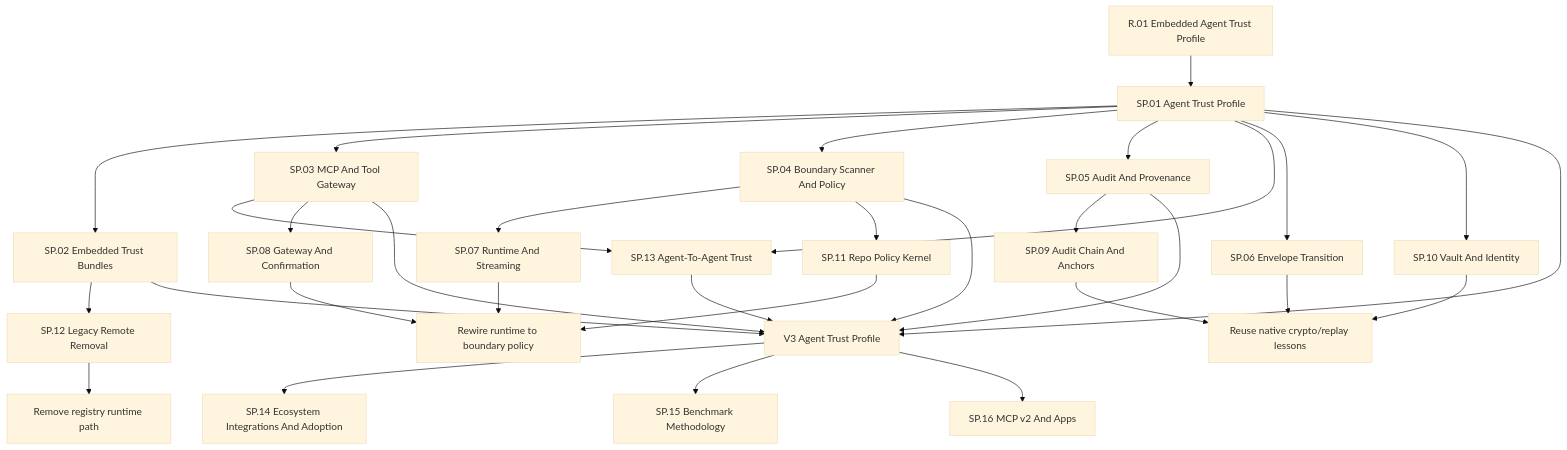
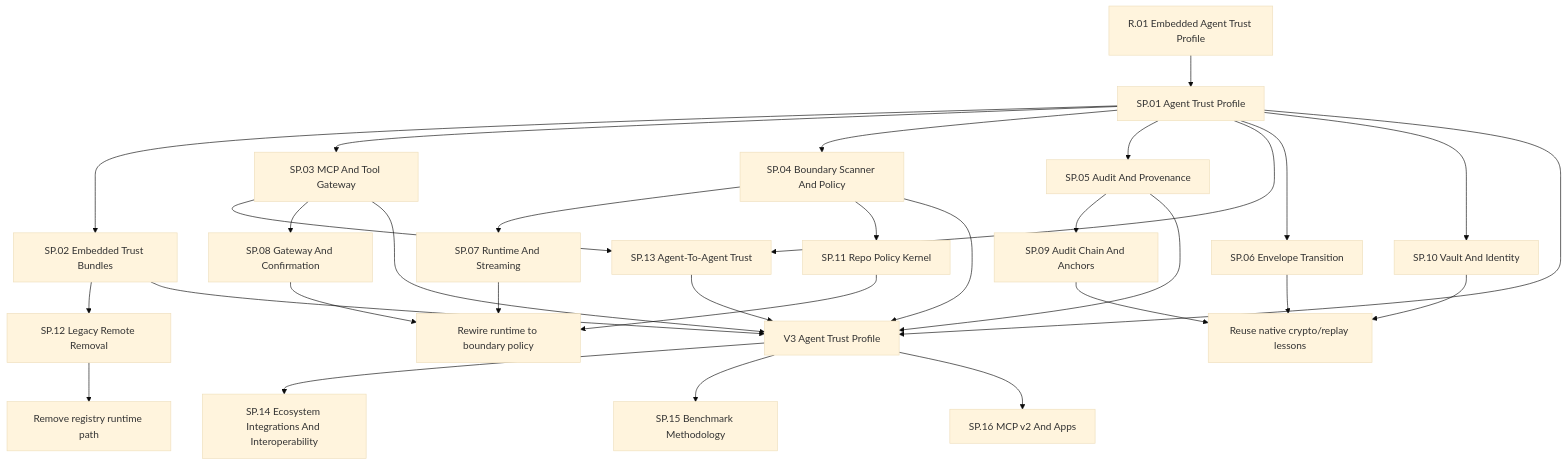
The diagram in docs/specs/README.md (futhr/sigil_guard), drawn with Mermaid (base theme) before and after one commit. The commit also changed other lines of this file and 12 other files, not shown here.

````diff
--- a/docs/specs/README.md
+++ b/docs/specs/README.md
@@ -13,59 +13,59 @@
 ```mermaid
 flowchart TD
     R01[R.01 Embedded Agent Trust Profile]
 
     SP01[SP.01 Agent Trust Profile]
     SP02[SP.02 Embedded Trust Bundles]
     SP03[SP.03 MCP And Tool Gateway]
     SP04[SP.04 Boundary Scanner And Policy]
     SP05[SP.05 Audit And Provenance]
 
     SP13[SP.13 Agent-To-Agent Trust]
 
     SP06[SP.06 Envelope Transition]
     SP07[SP.07 Runtime And Streaming]
     SP08[SP.08 Gateway And Confirmation]
     SP09[SP.09 Audit Chain And Anchors]
     SP10[SP.10 Vault And Identity]
     SP11[SP.11 Repo Policy Kernel]
     SP12[SP.12 Legacy Remote Removal]
 
-    SP14[SP.14 Ecosystem Integrations And Adoption]
+    SP14[SP.14 Ecosystem Integrations And Interoperability]
     SP15[SP.15 Benchmark Methodology]
     SP16[SP.16 MCP v2 And Apps]
 
     R01 --> SP01
     SP01 --> SP02
     SP01 --> SP03
     SP01 --> SP04
     SP01 --> SP05
     SP01 --> SP13
     SP03 --> SP13
 
     SP01 --> SP06
     SP03 --> SP08
     SP04 --> SP07
     SP04 --> SP11
     SP05 --> SP09
     SP01 --> SP10
     SP02 --> SP12
 
     SP06 --> Reuse[Reuse native crypto/replay lessons]
     SP07 --> Rewire[Rewire runtime to boundary policy]
     SP08 --> Rewire
     SP09 --> Reuse
     SP10 --> Reuse
     SP11 --> Rewire
     SP12 --> Remove[Remove registry runtime path]
 
     SP01 --> V3[V3 Agent Trust Profile]
     SP02 --> V3
     SP03 --> V3
     SP04 --> V3
     SP05 --> V3
     SP13 --> V3
 
     V3 --> SP14
     V3 --> SP15
     V3 --> SP16
 ```
````
